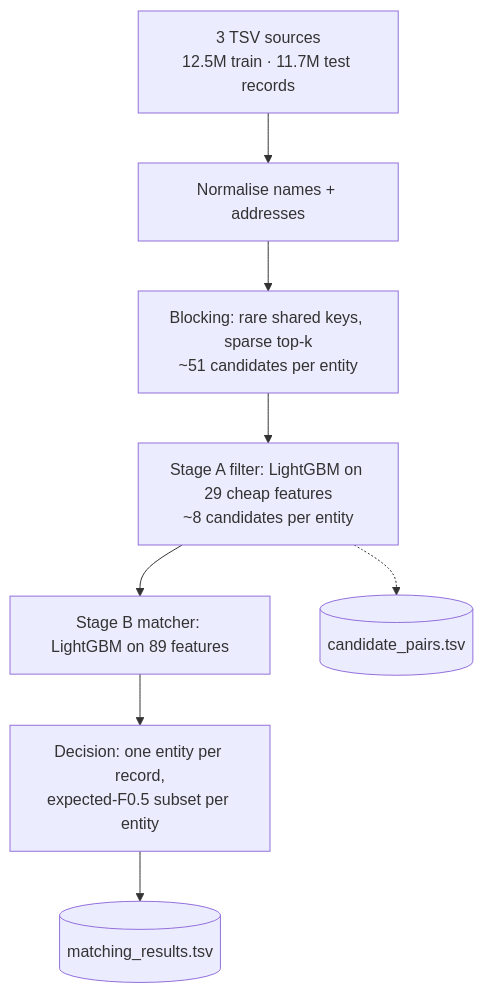
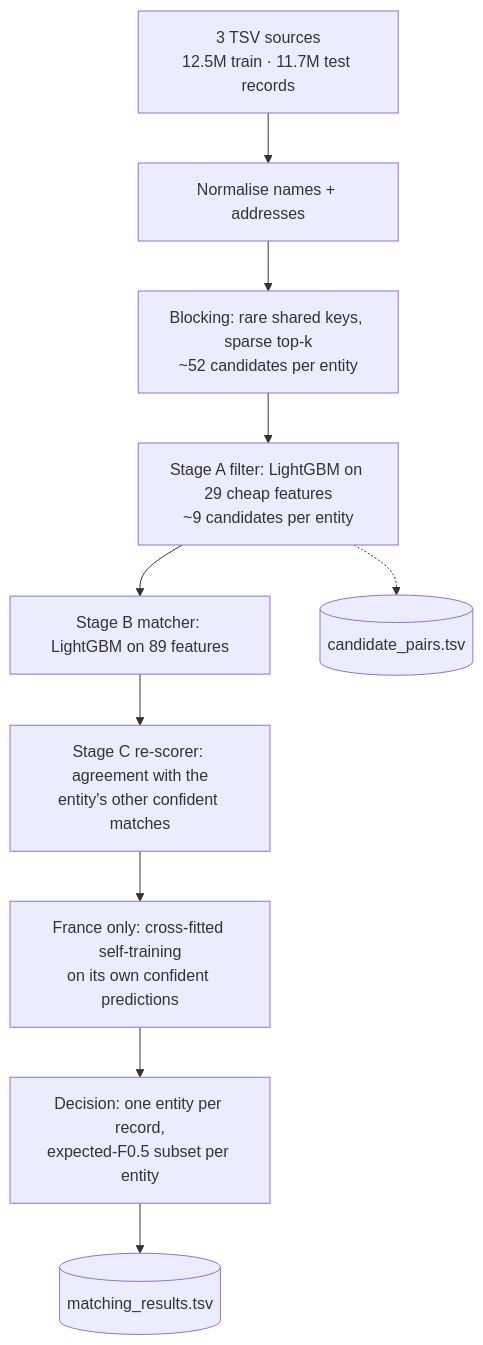
Before and after one commit to Param-M/Amazon_ML_Challenge: the diagram in README.md, drawn with Mermaid. The commit also changed other lines of this file and 7 other files, not shown here.

````diff
--- a/README.md
+++ b/README.md
@@ -88,10 +93,12 @@
 ```mermaid
 flowchart TD
     A["3 TSV sources<br/>12.5M train · 11.7M test records"] --> B["Normalise names + addresses"]
-    B --> C["Blocking: rare shared keys, sparse top-k<br/>~51 candidates per entity"]
-    C --> D["Stage A filter: LightGBM on 29 cheap features<br/>~8 candidates per entity"]
+    B --> C["Blocking: rare shared keys, sparse top-k<br/>~52 candidates per entity"]
+    C --> D["Stage A filter: LightGBM on 29 cheap features<br/>~9 candidates per entity"]
     D --> E["Stage B matcher: LightGBM on 89 features"]
-    E --> F["Decision: one entity per record,<br/>expected-F0.5 subset per entity"]
+    E --> S["Stage C re-scorer: agreement with the<br/>entity's other confident matches"]
+    S --> T["France only: cross-fitted self-training<br/>on its own confident predictions"]
+    T --> F["Decision: one entity per record,<br/>expected-F0.5 subset per entity"]
     D -.-> G[("candidate_pairs.tsv")]
     F --> H[("matching_results.tsv")]
 ```
````
